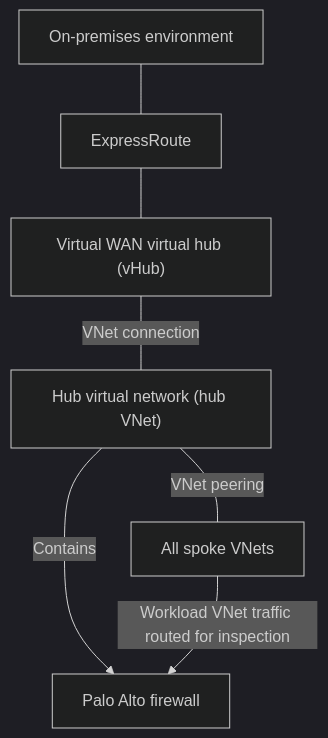
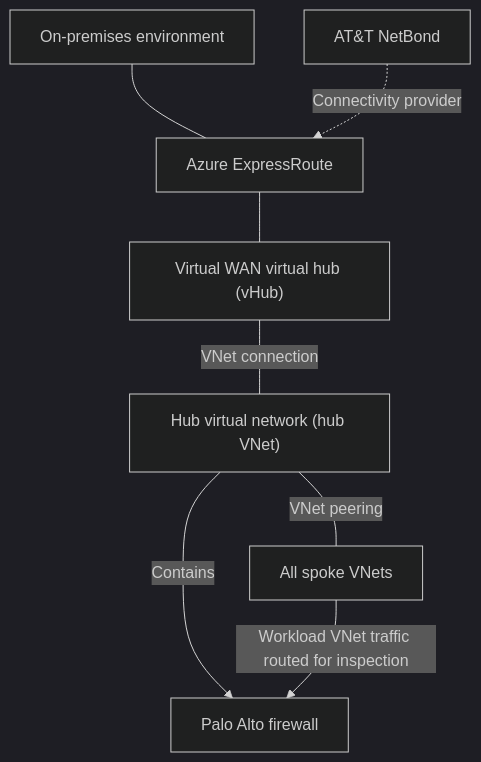
Before and after one commit to santosrodriguez/cloud-platform-documentation: the first of 2 diagrams in architecture/hub-and-spoke-network.md, drawn with Mermaid (dark theme). The commit also changed other lines of this file and 5 other files, not shown here.

Commit message:
Document AT&T NetBond for ExpressRoute

````diff
--- a/architecture/hub-and-spoke-network.md
+++ b/architecture/hub-and-spoke-network.md
@@ -28,9 +29,10 @@
 ```mermaid
 flowchart TD
-    onPrem["On-premises environment"] --- expressRoute["ExpressRoute"]
+    onPrem["On-premises environment"] --- expressRoute["Azure ExpressRoute"]
+    netBond["AT&T NetBond"] -.->|"Connectivity provider"| expressRoute
     expressRoute --- vhub["Virtual WAN virtual hub (vHub)"]
     vhub ---|"VNet connection"| hubVnet["Hub virtual network (hub VNet)"]
     hubVnet -->|"Contains"| firewall["Palo Alto firewall"]
     hubVnet ---|"VNet peering"| spokes["All spoke VNets"]
     spokes -->|"Workload VNet traffic routed for inspection"| firewall
 ```
````
